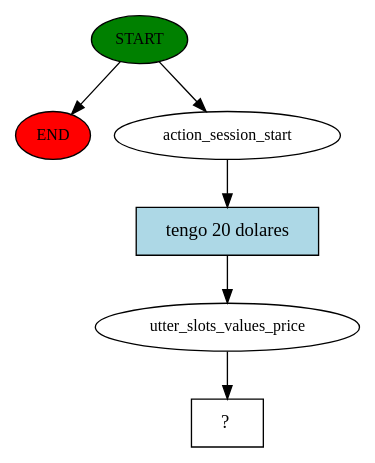
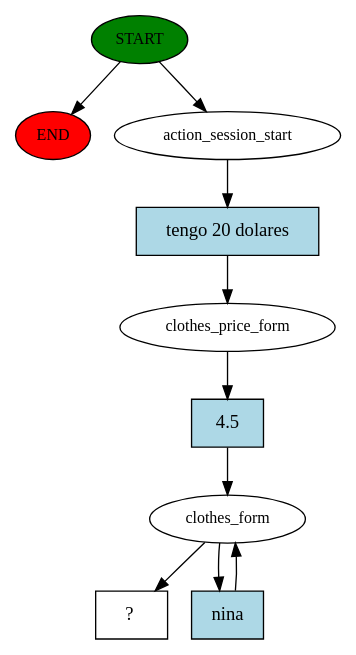
One commit to kabirivan/ChatBot-Clothes changed the diagram in chatbot/story_graph.dot. Above: the diagram before and after it, drawn with Graphviz. The commit also changed 3 other files, not shown here.

```diff
--- a/chatbot/story_graph.dot
+++ b/chatbot/story_graph.dot
@@ -1,13 +1,20 @@
 digraph  {
 0 [class="start active", fillcolor=green, fontsize=12, label=START, style=filled];
 "-1" [class=end, fillcolor=red, fontsize=12, label=END, style=filled];
 1 [class=active, fontsize=12, label=action_session_start];
-2 [class=active, fontsize=12, label=utter_slots_values_price];
-3 [class="intent dashed active", label="  ?  ", shape=rect];
-4 [class="intent active", fillcolor=lightblue, label="tengo 20 dolares", shape=rect, style=filled];
+2 [class=active, fontsize=12, label=clothes_price_form];
+3 [class=active, fontsize=12, label=clothes_form];
+5 [class="intent dashed active", label="  ?  ", shape=rect];
+6 [class="intent active", fillcolor=lightblue, label="tengo 20 dolares", shape=rect, style=filled];
+7 [class="intent active", fillcolor=lightblue, label="4.5", shape=rect, style=filled];
+8 [class="intent active", fillcolor=lightblue, label=nina, shape=rect, style=filled];
 0 -> "-1"  [class="", key=NONE, label=""];
 0 -> 1  [class=active, key=NONE, label=""];
-1 -> 4  [class=active, key=0];
-2 -> 3  [class=active, key=NONE, label=""];
-4 -> 2  [class=active, key=0];
+1 -> 6  [class=active, key=0];
+2 -> 7  [class=active, key=0];
+3 -> 5  [class=active, key=NONE, label=""];
+3 -> 8  [class=active, key=0];
+6 -> 2  [class=active, key=0];
+7 -> 3  [class=active, key=0];
+8 -> 3  [class=active, key=0];
 }
```
